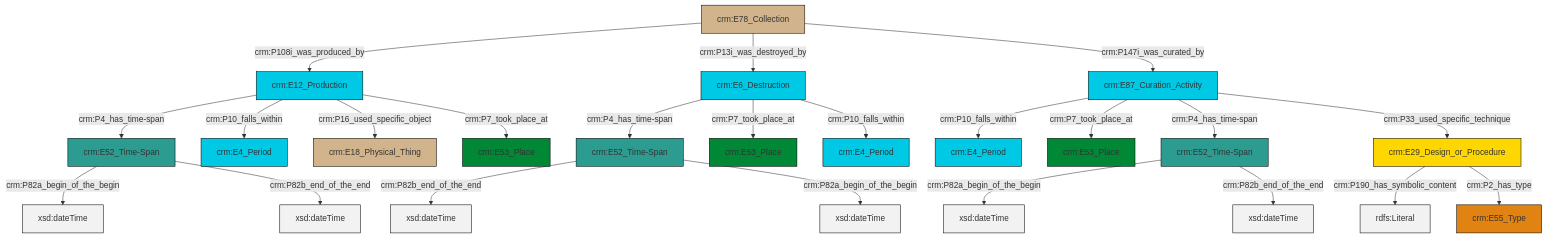
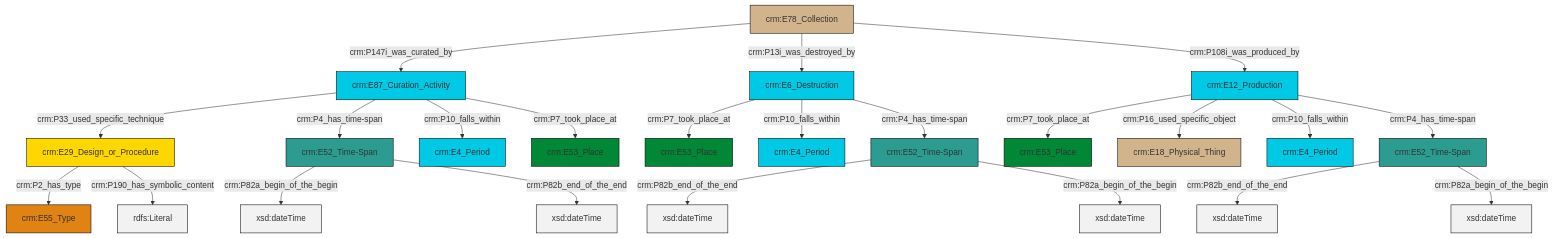
The diagram in et/archivalCSV/ttl/mmd/archival_existence.ttl.mmd (swiss-art-research-net/docs.swissartresearch), drawn with Mermaid before and after one commit. The commit also changed 174 other files, not shown here.

```diff
--- a/et/archivalCSV/ttl/mmd/archival_existence.ttl.mmd
+++ b/et/archivalCSV/ttl/mmd/archival_existence.ttl.mmd
@@ -1,37 +1,37 @@
 graph TD
 classDef Literal fill:#f2f2f2,stroke:#000000;
 classDef CRM_Entity fill:#FFFFFF,stroke:#000000;
 classDef Temporal_Entity fill:#00C9E6, stroke:#000000;
 classDef Type fill:#E18312, stroke:#000000;
 classDef Time-Span fill:#2C9C91, stroke:#000000;
 classDef Appellation fill:#FFEB7F, stroke:#000000;
 classDef Place fill:#008836, stroke:#000000;
 classDef Persistent_Item fill:#B266B2, stroke:#000000;
 classDef Conceptual_Object fill:#FFD700, stroke:#000000;
 classDef Physical_Thing fill:#D2B48C, stroke:#000000;
 classDef Actor fill:#f58aad, stroke:#000000;
 classDef PC_Classes fill:#4ce600, stroke:#000000;
 classDef Multi fill:#cccccc,stroke:#000000;
 
-2["crm:E12_Production"]:::Temporal_Entity -->|crm:P4_has_time-span| 3["crm:E52_Time-Span"]:::Time-Span
-4["crm:E29_Design_or_Procedure"]:::Conceptual_Object -->|crm:P190_has_symbolic_content| 5[rdfs:Literal]:::Literal
-2["crm:E12_Production"]:::Temporal_Entity -->|crm:P10_falls_within| 9["crm:E4_Period"]:::Temporal_Entity
-10["crm:E78_Collection"]:::Physical_Thing -->|crm:P108i_was_produced_by| 2["crm:E12_Production"]:::Temporal_Entity
-13["crm:E52_Time-Span"]:::Time-Span -->|crm:P82b_end_of_the_end| 14[xsd:dateTime]:::Literal
-4["crm:E29_Design_or_Procedure"]:::Conceptual_Object -->|crm:P2_has_type| 15["crm:E55_Type"]:::Type
-13["crm:E52_Time-Span"]:::Time-Span -->|crm:P82a_begin_of_the_begin| 16[xsd:dateTime]:::Literal
-3["crm:E52_Time-Span"]:::Time-Span -->|crm:P82a_begin_of_the_begin| 17[xsd:dateTime]:::Literal
-10["crm:E78_Collection"]:::Physical_Thing -->|crm:P13i_was_destroyed_by| 0["crm:E6_Destruction"]:::Temporal_Entity
-19["crm:E52_Time-Span"]:::Time-Span -->|crm:P82a_begin_of_the_begin| 21[xsd:dateTime]:::Literal
-22["crm:E87_Curation_Activity"]:::Temporal_Entity -->|crm:P10_falls_within| 23["crm:E4_Period"]:::Temporal_Entity
-0["crm:E6_Destruction"]:::Temporal_Entity -->|crm:P4_has_time-span| 13["crm:E52_Time-Span"]:::Time-Span
-0["crm:E6_Destruction"]:::Temporal_Entity -->|crm:P7_took_place_at| 24["crm:E53_Place"]:::Place
-0["crm:E6_Destruction"]:::Temporal_Entity -->|crm:P10_falls_within| 27["crm:E4_Period"]:::Temporal_Entity
-2["crm:E12_Production"]:::Temporal_Entity -->|crm:P16_used_specific_object| 11["crm:E18_Physical_Thing"]:::Physical_Thing
-22["crm:E87_Curation_Activity"]:::Temporal_Entity -->|crm:P7_took_place_at| 32["crm:E53_Place"]:::Place
-22["crm:E87_Curation_Activity"]:::Temporal_Entity -->|crm:P4_has_time-span| 19["crm:E52_Time-Span"]:::Time-Span
-22["crm:E87_Curation_Activity"]:::Temporal_Entity -->|crm:P33_used_specific_technique| 4["crm:E29_Design_or_Procedure"]:::Conceptual_Object
-19["crm:E52_Time-Span"]:::Time-Span -->|crm:P82b_end_of_the_end| 33[xsd:dateTime]:::Literal
-3["crm:E52_Time-Span"]:::Time-Span -->|crm:P82b_end_of_the_end| 34[xsd:dateTime]:::Literal
-2["crm:E12_Production"]:::Temporal_Entity -->|crm:P7_took_place_at| 7["crm:E53_Place"]:::Place
-10["crm:E78_Collection"]:::Physical_Thing -->|crm:P147i_was_curated_by| 22["crm:E87_Curation_Activity"]:::Temporal_Entity
+0["crm:E52_Time-Span"]:::Time-Span -->|crm:P82b_end_of_the_end| 1[xsd:dateTime]:::Literal
+4["crm:E6_Destruction"]:::Temporal_Entity -->|crm:P7_took_place_at| 5["crm:E53_Place"]:::Place
+10["crm:E78_Collection"]:::Physical_Thing -->|crm:P147i_was_curated_by| 11["crm:E87_Curation_Activity"]:::Temporal_Entity
+10["crm:E78_Collection"]:::Physical_Thing -->|crm:P13i_was_destroyed_by| 4["crm:E6_Destruction"]:::Temporal_Entity
+6["crm:E29_Design_or_Procedure"]:::Conceptual_Object -->|crm:P2_has_type| 14["crm:E55_Type"]:::Type
+15["crm:E52_Time-Span"]:::Time-Span -->|crm:P82b_end_of_the_end| 16[xsd:dateTime]:::Literal
+17["crm:E12_Production"]:::Temporal_Entity -->|crm:P7_took_place_at| 18["crm:E53_Place"]:::Place
+17["crm:E12_Production"]:::Temporal_Entity -->|crm:P16_used_specific_object| 8["crm:E18_Physical_Thing"]:::Physical_Thing
+15["crm:E52_Time-Span"]:::Time-Span -->|crm:P82a_begin_of_the_begin| 22[xsd:dateTime]:::Literal
+6["crm:E29_Design_or_Procedure"]:::Conceptual_Object -->|crm:P190_has_symbolic_content| 23[rdfs:Literal]:::Literal
+11["crm:E87_Curation_Activity"]:::Temporal_Entity -->|crm:P33_used_specific_technique| 6["crm:E29_Design_or_Procedure"]:::Conceptual_Object
+27["crm:E52_Time-Span"]:::Time-Span -->|crm:P82a_begin_of_the_begin| 28[xsd:dateTime]:::Literal
+27["crm:E52_Time-Span"]:::Time-Span -->|crm:P82b_end_of_the_end| 29[xsd:dateTime]:::Literal
+10["crm:E78_Collection"]:::Physical_Thing -->|crm:P108i_was_produced_by| 17["crm:E12_Production"]:::Temporal_Entity
+11["crm:E87_Curation_Activity"]:::Temporal_Entity -->|crm:P4_has_time-span| 27["crm:E52_Time-Span"]:::Time-Span
+17["crm:E12_Production"]:::Temporal_Entity -->|crm:P10_falls_within| 2["crm:E4_Period"]:::Temporal_Entity
+11["crm:E87_Curation_Activity"]:::Temporal_Entity -->|crm:P10_falls_within| 32["crm:E4_Period"]:::Temporal_Entity
+11["crm:E87_Curation_Activity"]:::Temporal_Entity -->|crm:P7_took_place_at| 20["crm:E53_Place"]:::Place
+17["crm:E12_Production"]:::Temporal_Entity -->|crm:P4_has_time-span| 15["crm:E52_Time-Span"]:::Time-Span
+4["crm:E6_Destruction"]:::Temporal_Entity -->|crm:P10_falls_within| 30["crm:E4_Period"]:::Temporal_Entity
+4["crm:E6_Destruction"]:::Temporal_Entity -->|crm:P4_has_time-span| 0["crm:E52_Time-Span"]:::Time-Span
+0["crm:E52_Time-Span"]:::Time-Span -->|crm:P82a_begin_of_the_begin| 38[xsd:dateTime]:::Literal
```
